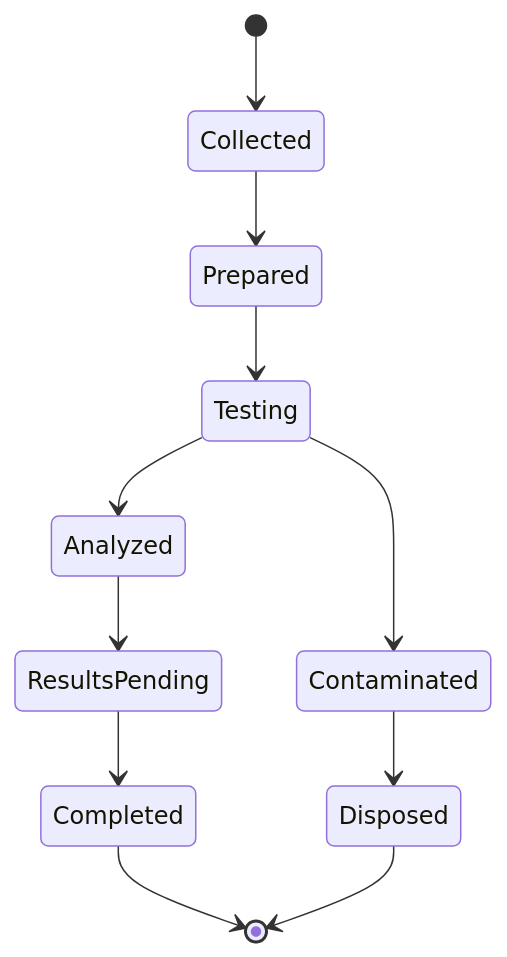
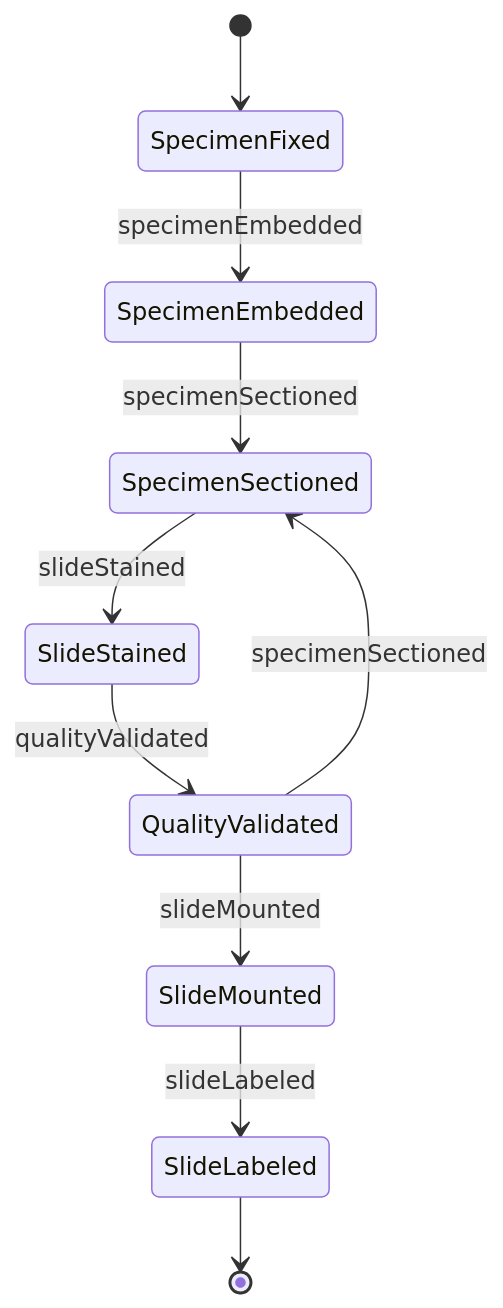
The second of 4 diagrams in HandlingAndMovingObjects/PrepareSpecimensOrMaterialsForTesting/PrepareBiologicalSpecimensLaboratoryAnalysis.mdx (dot-org-ai/tasks.org.ai), drawn with Mermaid before and after one commit. The commit also changed other lines of this file and 515 other files, not shown here.

````diff
--- a/HandlingAndMovingObjects/PrepareSpecimensOrMaterialsForTesting/PrepareBiologicalSpecimensLaboratoryAnalysis.mdx
+++ b/HandlingAndMovingObjects/PrepareSpecimensOrMaterialsForTesting/PrepareBiologicalSpecimensLaboratoryAnalysis.mdx
@@ -99,13 +99,12 @@
 ```mermaid
 stateDiagram-v2
-    [*] --> Collected
-    Collected --> Prepared
-    Prepared --> Testing
-    Testing --> Analyzed
-    Analyzed --> ResultsPending
-    ResultsPending --> Completed
-    Testing --> Contaminated
-    Contaminated --> Disposed
-    Completed --> [*]
-    Disposed --> [*]
+    [*] --> SpecimenFixed
+    SpecimenFixed --> SpecimenEmbedded : specimenEmbedded
+    SpecimenEmbedded --> SpecimenSectioned : specimenSectioned
+    SpecimenSectioned --> SlideStained : slideStained
+    SlideStained --> QualityValidated : qualityValidated
+    QualityValidated --> SpecimenSectioned : specimenSectioned
+    QualityValidated --> SlideMounted : slideMounted
+    SlideMounted --> SlideLabeled : slideLabeled
+    SlideLabeled --> [*]
 ```
````
